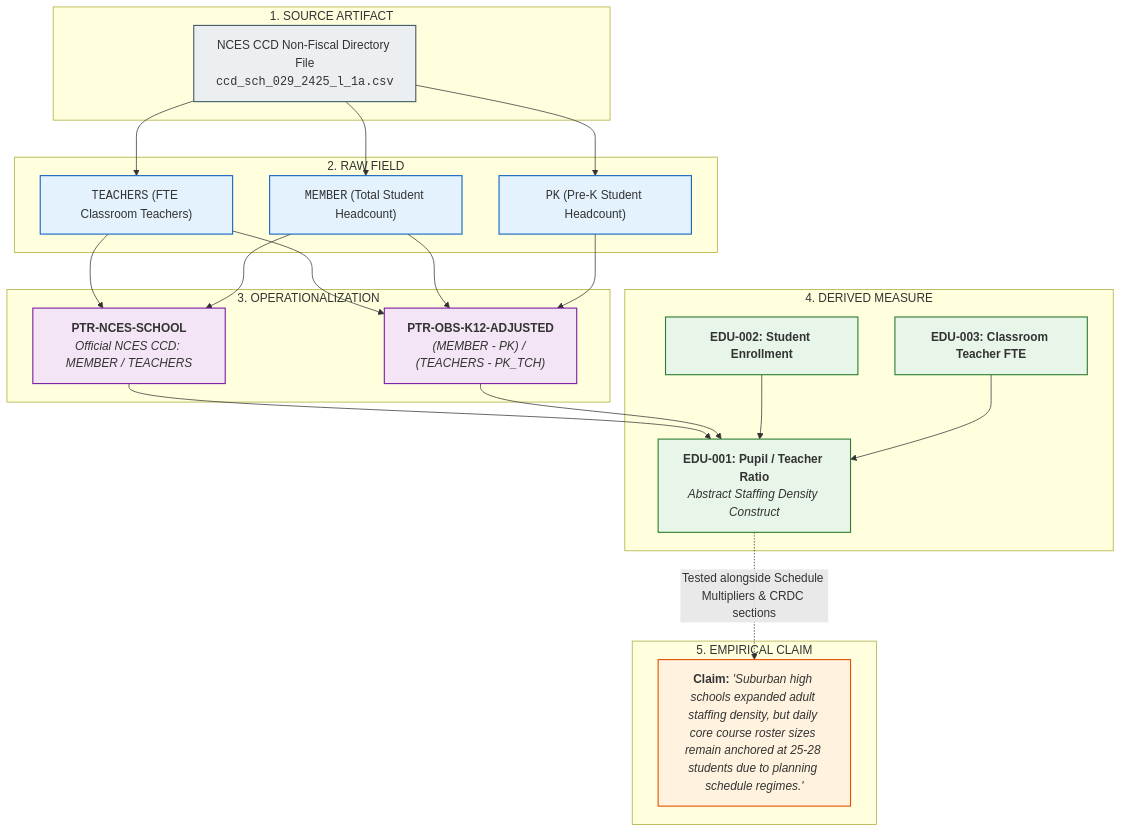
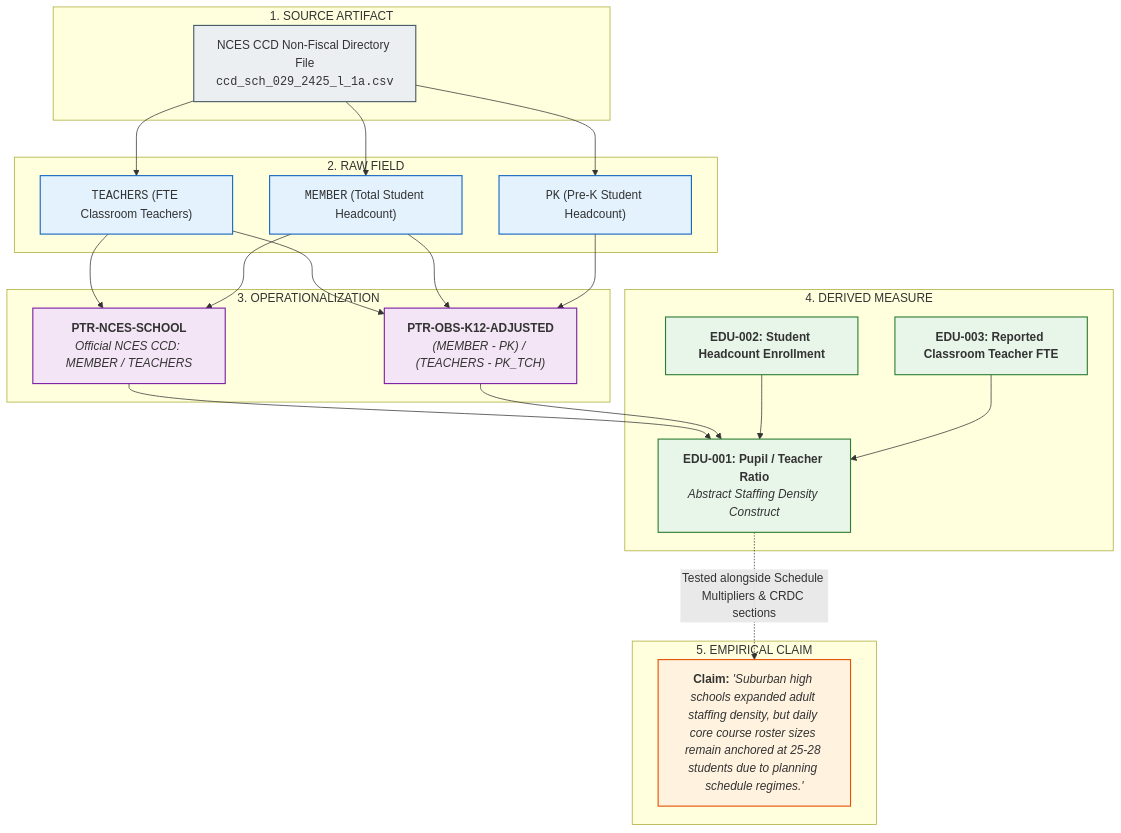
The diagram in 2026/2026-09-26-education-data-observatory/README.md (admiralorbiter/computational-sketchbook), drawn with Mermaid before and after one commit. The commit also changed other lines of this file and 67 other files, not shown here.

````diff
--- a/2026/2026-09-26-education-data-observatory/README.md
+++ b/2026/2026-09-26-education-data-observatory/README.md
@@ -22,53 +22,53 @@
 ```mermaid
 flowchart TD
     subgraph S["1. SOURCE ARTIFACT"]
         S1["NCES CCD Non-Fiscal Directory File<br/><code>ccd_sch_029_2425_l_1a.csv</code>"]
     end
 
     subgraph F["2. RAW FIELD"]
         F1["<code>TEACHERS</code> (FTE Classroom Teachers)"]
         F2["<code>MEMBER</code> (Total Student Headcount)"]
         F3["<code>PK</code> (Pre-K Student Headcount)"]
     end
 
     subgraph O["3. OPERATIONALIZATION"]
         O1["<b>PTR-NCES-SCHOOL</b><br/><i>Official NCES CCD: MEMBER / TEACHERS</i>"]
         O2["<b>PTR-OBS-K12-ADJUSTED</b><br/><i>(MEMBER - PK) / (TEACHERS - PK_TCH)</i>"]
     end
 
     subgraph M["4. DERIVED MEASURE"]
         M1["<b>EDU-001: Pupil / Teacher Ratio</b><br/><i>Abstract Staffing Density Construct</i>"]
-        M2["<b>EDU-002: Student Enrollment</b>"]
-        M3["<b>EDU-003: Classroom Teacher FTE</b>"]
+        M2["<b>EDU-002: Student Headcount Enrollment</b>"]
+        M3["<b>EDU-003: Reported Classroom Teacher FTE</b>"]
     end
 
     subgraph C["5. EMPIRICAL CLAIM"]
         C1["<b>Claim:</b> <i>'Suburban high schools expanded adult staffing density, but daily core course roster sizes remain anchored at 25-28 students due to planning schedule regimes.'</i>"]
     end
 
     S1 --> F1
     S1 --> F2
     S1 --> F3
     F1 --> O1
     F2 --> O1
     F1 --> O2
     F2 --> O2
     F3 --> O2
     O1 --> M1
     O2 --> M1
     M2 --> M1
     M3 --> M1
     M1 -.->|Tested alongside Schedule Multipliers & CRDC sections| C1
 
     classDef sourceStyle fill:#eceff1,stroke:#455a64,stroke-width:1.5px;
     classDef fieldStyle fill:#e3f2fd,stroke:#1565c0,stroke-width:1.5px;
     classDef opStyle fill:#f3e5f5,stroke:#7b1fa2,stroke-width:1.5px;
     classDef measureStyle fill:#e8f5e9,stroke:#2e7d32,stroke-width:1.5px;
     classDef claimStyle fill:#fff3e0,stroke:#e65100,stroke-width:1.5px;
 
     class S1 sourceStyle;
     class F1,F2,F3 fieldStyle;
     class O1,O2 opStyle;
     class M1,M2,M3 measureStyle;
     class C1 claimStyle;
 ```
````
